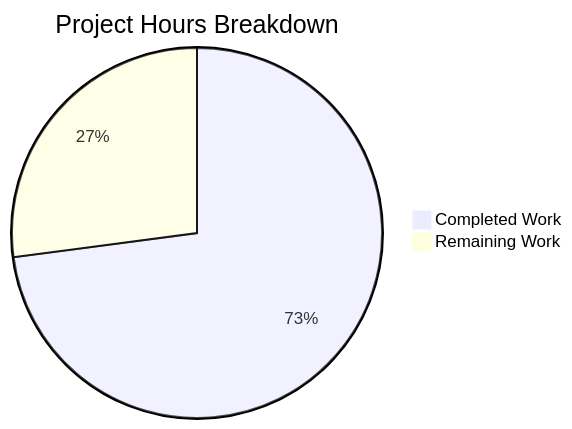
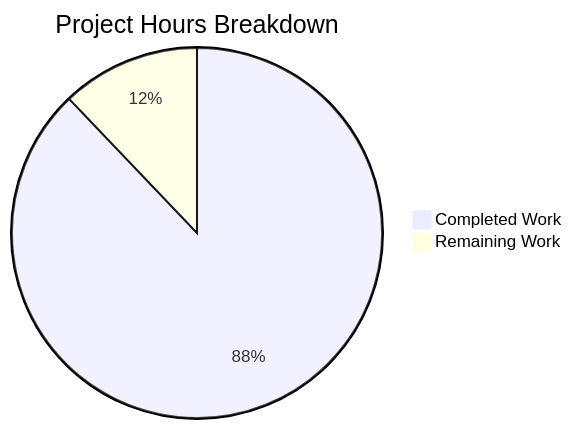
One commit to sudhanshu-spec/test-spec changed the diagram in blitzy/documentation/Project Guide.md. Above: the diagram before and after it, drawn with Mermaid. The commit also changed other lines of this file, not shown here.

Commit message:
Adding Blitzy Project Guide: Project Status and Human Tasks Remaining

````diff
--- a/blitzy/documentation/Project Guide.md
+++ b/blitzy/documentation/Project Guide.md
@@ -28,5 +47,5 @@
 ```mermaid
 pie title Project Hours Breakdown
-    "Completed Work" : 35
-    "Remaining Work" : 13
+    "Completed Work" : 29
+    "Remaining Work" : 4
 ```
````
